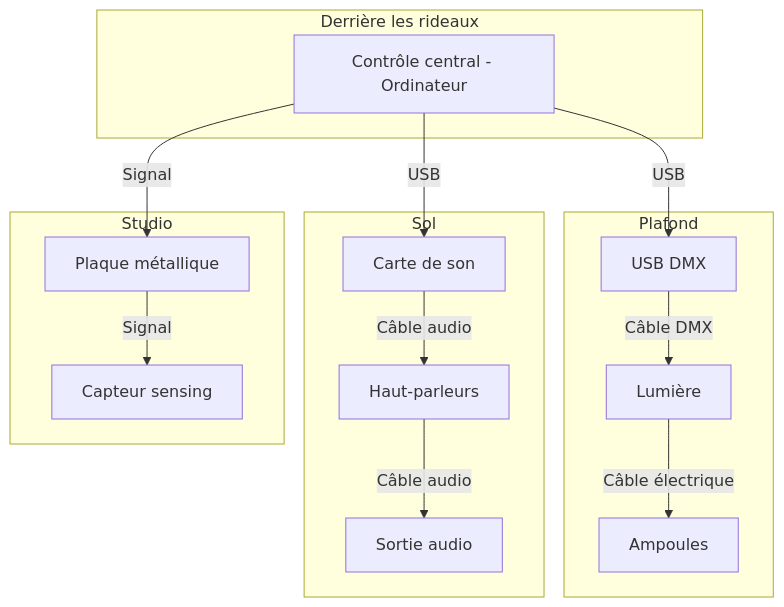
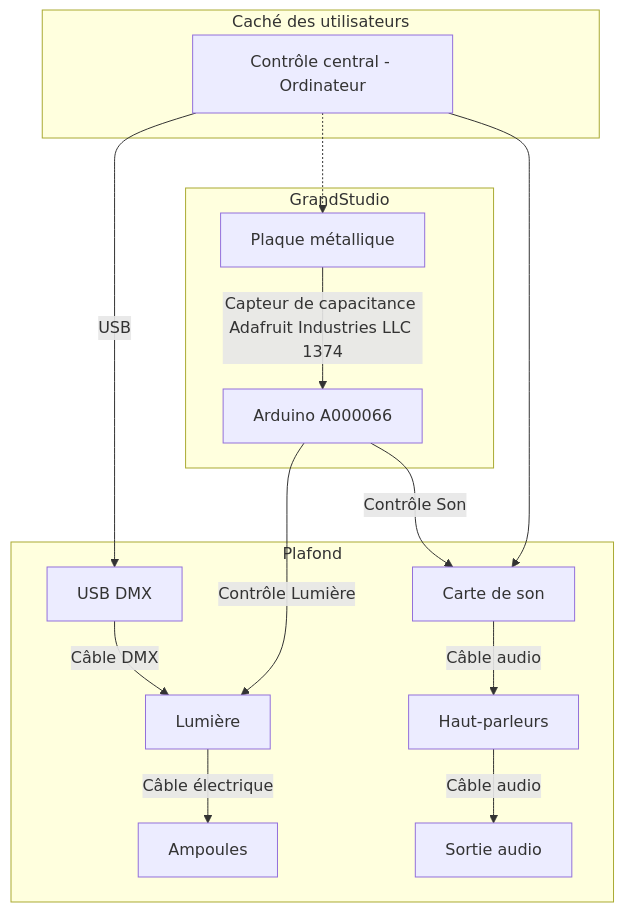
Before and after one commit to rprethi/prethiah-docsify-planification: the diagram in README.md, drawn with Mermaid. The commit also changed other lines of this file, not shown here.

Commit message:
correction erreurs

````diff
--- a/README.md
+++ b/README.md
@@ -19,48 +19,47 @@
 ```mermaid
-
 graph TD;
 
-    %% Composants
-        Ordinateur[Contrôle central - Ordinateur]
-        DMX[USB DMX]
-        Lumiere[Lumière]
-        Ampoule[Ampoules]
-        CarteSon[Carte de son]
-        HautParleur[Haut-parleurs]
-        SortieAudio[Sortie audio]
-        PlaqueMetalique[Plaque métallique]
-        CapteurSensing[Capteur sensing]
+%% Composants
+    Ordinateur[Contrôle central - Ordinateur]
+    DMX[USB DMX]
+    Lumiere[Lumière]
+    Ampoule[Ampoules]
+    CarteSon[Carte de son]
+    HautParleur[Haut-parleurs]
+    SortieAudio[Sortie audio]
+
+    PlaqueMetalique[Plaque métallique]
+    ArduinoA000066[Arduino A000066]
 
     %% Emplacements
-    subgraph Derrière les rideaux
+    subgraph Caché des utilisateurs
         Ordinateur
     end
 
     subgraph Plafond
         DMX
         Lumiere
         Ampoule 
-    end
-
-    subgraph Sol
         CarteSon
         HautParleur
         SortieAudio
     end
 
-    subgraph Studio
+    subgraph GrandStudio
         PlaqueMetalique
-        CapteurSensing
+        ArduinoA000066
     end
 
     %% Connexions
     Ordinateur -->|USB| DMX
-    Ordinateur -->|USB| CarteSon
-    Ordinateur -->|Signal| PlaqueMetalique
-    PlaqueMetalique -->|Signal| CapteurSensing
+    Ordinateur --> CarteSon
+    Ordinateur -.-> PlaqueMetalique
+    PlaqueMetalique -->|Capteur de capacitance Adafruit Industries LLC 1374| ArduinoA000066
+    ArduinoA000066 -->|Contrôle Lumière| Lumiere
+    ArduinoA000066 -->|Contrôle Son| CarteSon
     DMX -->|Câble DMX| Lumiere
     Lumiere -->|Câble électrique| Ampoule
     CarteSon -->|Câble audio| HautParleur
     HautParleur -->|Câble audio| SortieAudio
 
 ```
````
